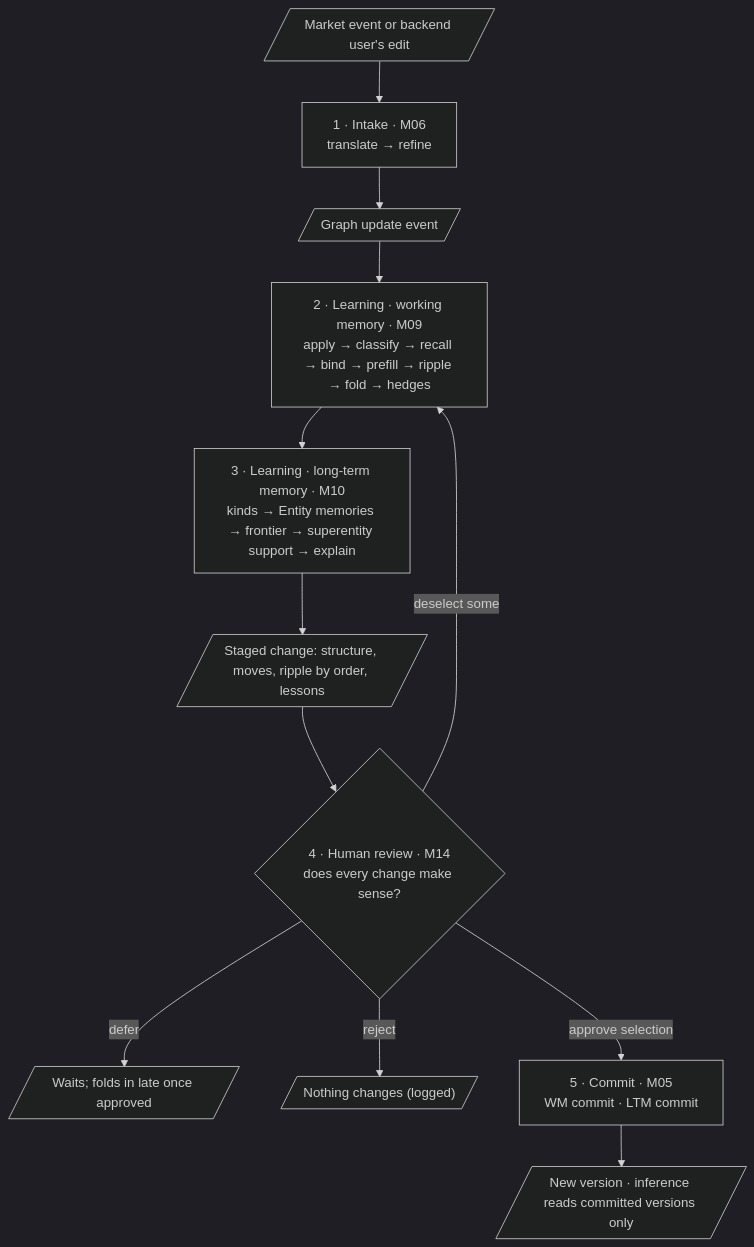
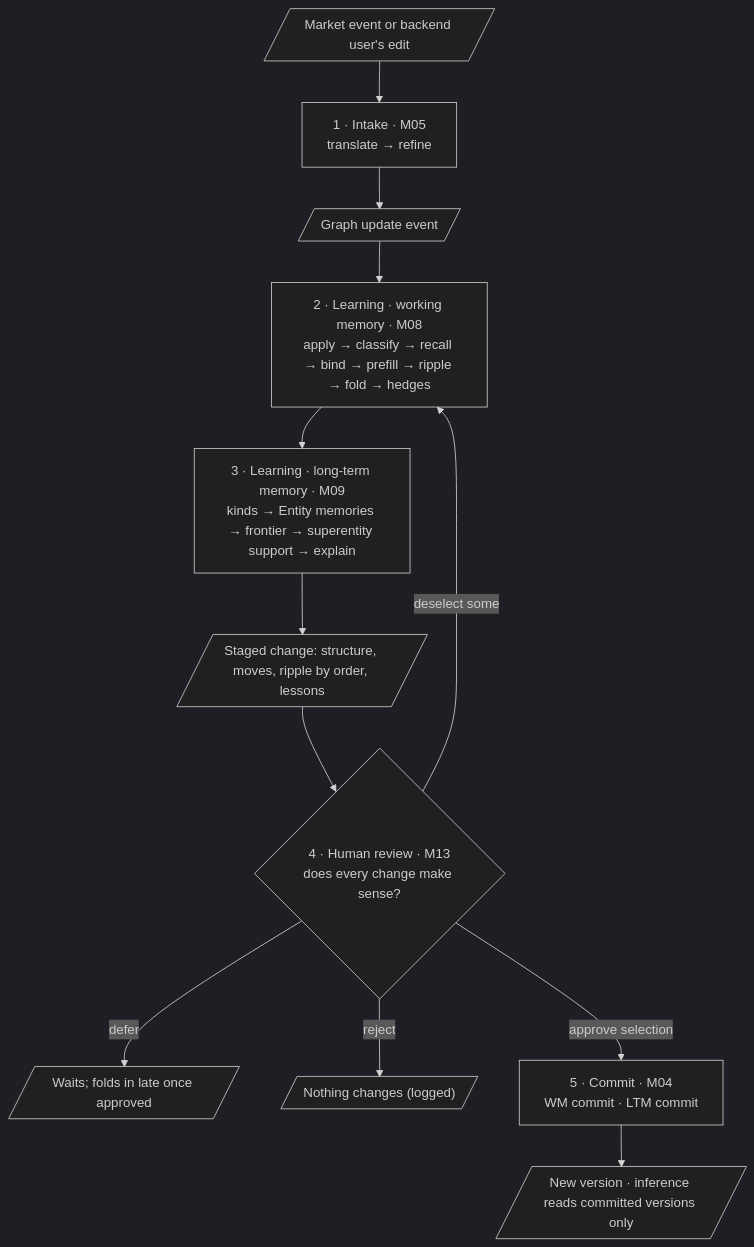
The third of 9 diagrams in docs/design/architecture.md (Axelrod-AI-Engineering/world-model), drawn with Mermaid (dark theme) before and after one commit. The commit also changed other lines of this file and 47 other files, not shown here.

````diff
--- a/docs/design/architecture.md
+++ b/docs/design/architecture.md
@@ -140,14 +110,14 @@
 ```mermaid
 flowchart TD
-  A[/"Market event or backend user's edit"/] --> I["1 · Intake · M06<br/>translate → refine"]
+  A[/"Market event or backend user's edit"/] --> I["1 · Intake · M05<br/>translate → refine"]
   I --> G[/"Graph update event"/]
-  G --> W["2 · Learning · working memory · M09<br/>apply → classify → recall → bind → prefill → ripple → fold → hedges"]
-  W --> L["3 · Learning · long-term memory · M10<br/>kinds → Entity memories → frontier → superentity support → explain"]
+  G --> W["2 · Learning · working memory · M08<br/>apply → classify → recall → bind → prefill → ripple → fold → hedges"]
+  W --> L["3 · Learning · long-term memory · M09<br/>kinds → Entity memories → frontier → superentity support → explain"]
   L --> S[/"Staged change: structure, moves, ripple by order, lessons"/]
-  S --> R{"4 · Human review · M14<br/>does every change make sense?"}
+  S --> R{"4 · Human review · M13<br/>does every change make sense?"}
   R -- "deselect some" --> W
   R -- "defer" --> Q[/"Waits; folds in late once approved"/]
   R -- "reject" --> X[/"Nothing changes (logged)"/]
-  R -- "approve selection" --> C["5 · Commit · M05<br/>WM commit · LTM commit"]
+  R -- "approve selection" --> C["5 · Commit · M04<br/>WM commit · LTM commit"]
   C --> V[/"New version · inference reads committed versions only"/]
 ```
````
